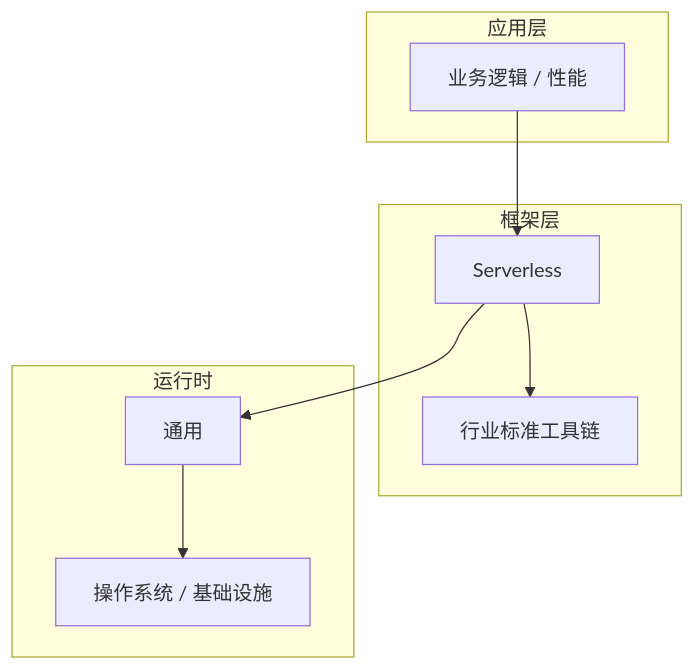
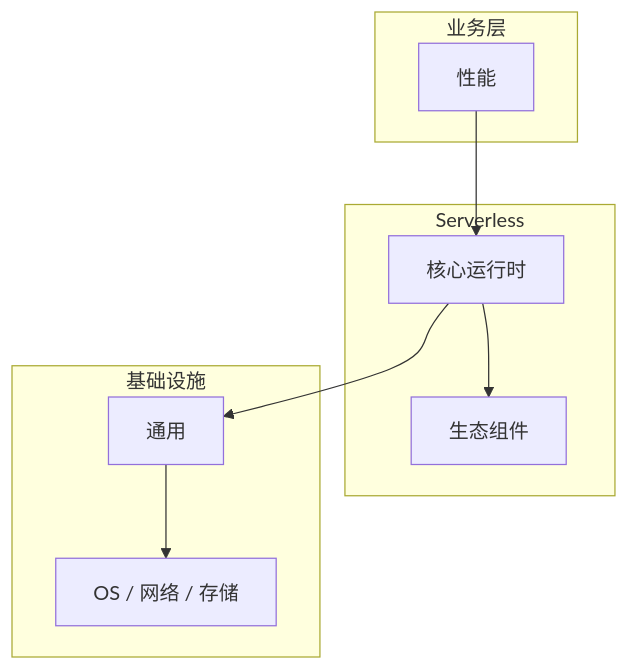
One commit to yanggan2015/knowledge-json-v2 changed the diagram in articles/Serverless/chapters/071-性能核心概念与原理.md. Above: the diagram before and after it, drawn with Mermaid. The commit also changed other lines of this file and 10127 other files, not shown here.

````diff
--- a/articles/Serverless/chapters/071-性能核心概念与原理.md
+++ b/articles/Serverless/chapters/071-性能核心概念与原理.md
@@ -45,18 +34,18 @@
 ```mermaid
 graph TB
-    subgraph 应用层
-        A[业务逻辑 / 性能]
+    subgraph 业务层
+        A[性能]
     end
-    subgraph 框架层
-        B[Serverless]
-        C[行业标准工具链]
+    subgraph Serverless
+        B[核心运行时]
+        C[生态组件]
     end
-    subgraph 运行时
+    subgraph 基础设施
         D[通用]
-        E[操作系统 / 基础设施]
+        E[OS / 网络 / 存储]
     end
     A --> B
     B --> C
     B --> D
     D --> E
 ```
````
